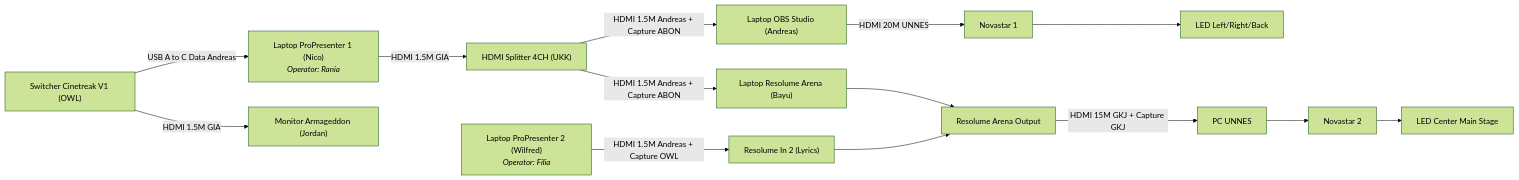
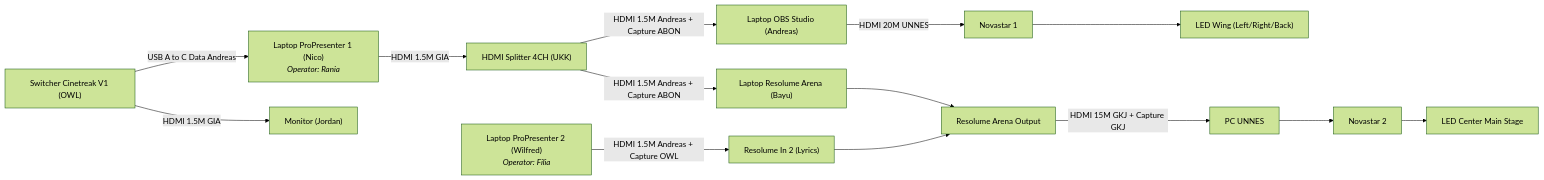
Before and after one commit to zzdree/ip26-production: the fifth of 8 diagrams in README.md, drawn with Mermaid (forest theme). The commit also changed other lines of this file and 8 other files, not shown here.

````diff
--- a/README.md
+++ b/README.md
@@ -243,16 +249,16 @@
 ```mermaid
 flowchart LR
     SW_OUT["Switcher Cinetreak V1 (OWL)"] -->|USB A to C Data Andreas| P1_LAP["Laptop ProPresenter 1 (Nico)<br/><i>Operator: Rania</i>"]
-    SW_OUT -->|HDMI 1.5M GIA| MON_SW["Monitor Armageddon (Jordan)"]
+    SW_OUT -->|HDMI 1.5M GIA| MON_SW["Monitor (Jordan)"]
     
     P1_LAP -->|HDMI 1.5M GIA| SPL4["HDMI Splitter 4CH (UKK)"]
     
     SPL4 -->|HDMI 1.5M Andreas + Capture ABON| OBS_IN["Laptop OBS Studio (Andreas)"]
     SPL4 -->|HDMI 1.5M Andreas + Capture ABON| RES_IN1["Laptop Resolume Arena (Bayu)"]
     
     P2_LAP["Laptop ProPresenter 2 (Wilfred)<br/><i>Operator: Filia</i>"] -->|HDMI 1.5M Andreas + Capture OWL| RES_IN2["Resolume In 2 (Lyrics)"]
     
-    OBS_IN -->|HDMI 20M UNNES| NOV1["Novastar 1"] --> LED_SIDE["LED Left/Right/Back"]
+    OBS_IN -->|HDMI 20M UNNES| NOV1["Novastar 1"] --> LED_SIDE["LED Wing (Left/Right/Back)"]
     RES_IN1 & RES_IN2 --> RES_OUT["Resolume Arena Output"]
     RES_OUT -->|HDMI 15M GKJ + Capture GKJ| PC_UN["PC UNNES"] --> NOV2["Novastar 2"] --> LED_MID["LED Center Main Stage"]
 ```
````
